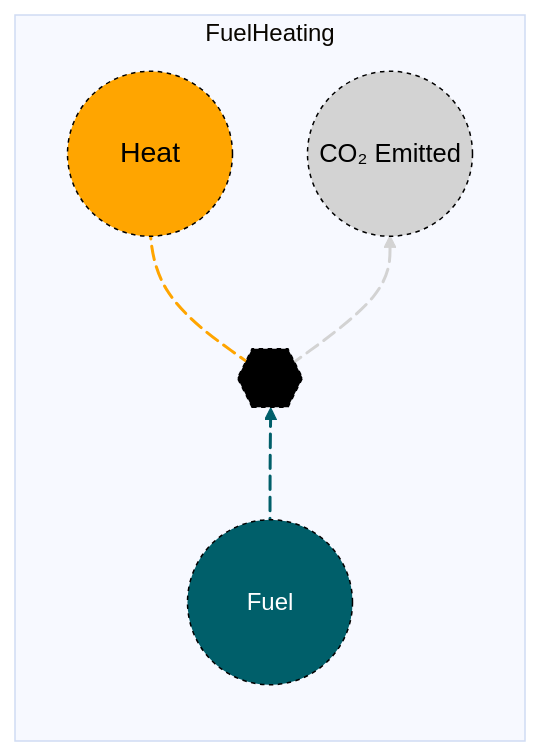
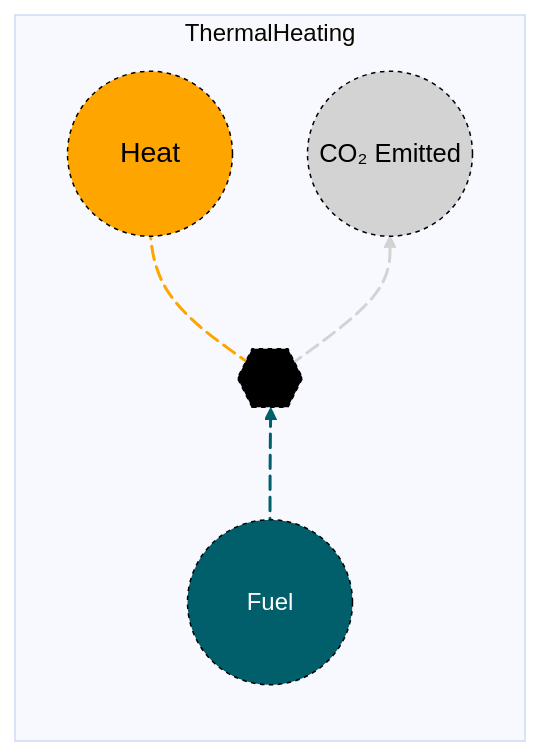
Diagram 18 of 21 in docs/src/Manual/Assets.md (acheng1757/MacroEnergy-Abbie.jl), drawn with Mermaid before and after one commit. The commit also changed other lines of this file and 10 other files, not shown here.

````diff
--- a/docs/src/Manual/Assets.md
+++ b/docs/src/Manual/Assets.md
@@ -480,21 +480,21 @@
 ```mermaid
 %%{init: {'theme': 'base', 'themeVariables': { 'background': '#D1EBDE' }}}%%
 flowchart LR
-  subgraph FuelHeating
+  subgraph ThermalHeating
   direction BT
   A((Fuel)) e1@ --> B{{..}}
   B e2@ --> C((Heat))
   B e3@ --> D((CO₂ Emitted))
   e1@{animate: true}
   e2@{animate: true}
   e3@{animate: true}
  end
     style A r:55px,fill:#005F6A,stroke:black,color:white,stroke-dasharray: 3,5;
     style B r:55px,fill:black,stroke:black,color:black,stroke-dasharray: 3,5;
     style C font-size:19px,r:55px,fill:#FFA500,stroke:black,color:black,stroke-dasharray: 3,5;
     style D font-size:17px,r:55px,fill:lightgray,stroke:black,color:black,stroke-dasharray: 3,5;
 
   linkStyle 0 stroke:#005F6A, stroke-width: 2px;
   linkStyle 1 stroke:#FFA500, stroke-width: 2px;
   linkStyle 2 stroke:lightgray, stroke-width: 2px;
 ```
````
